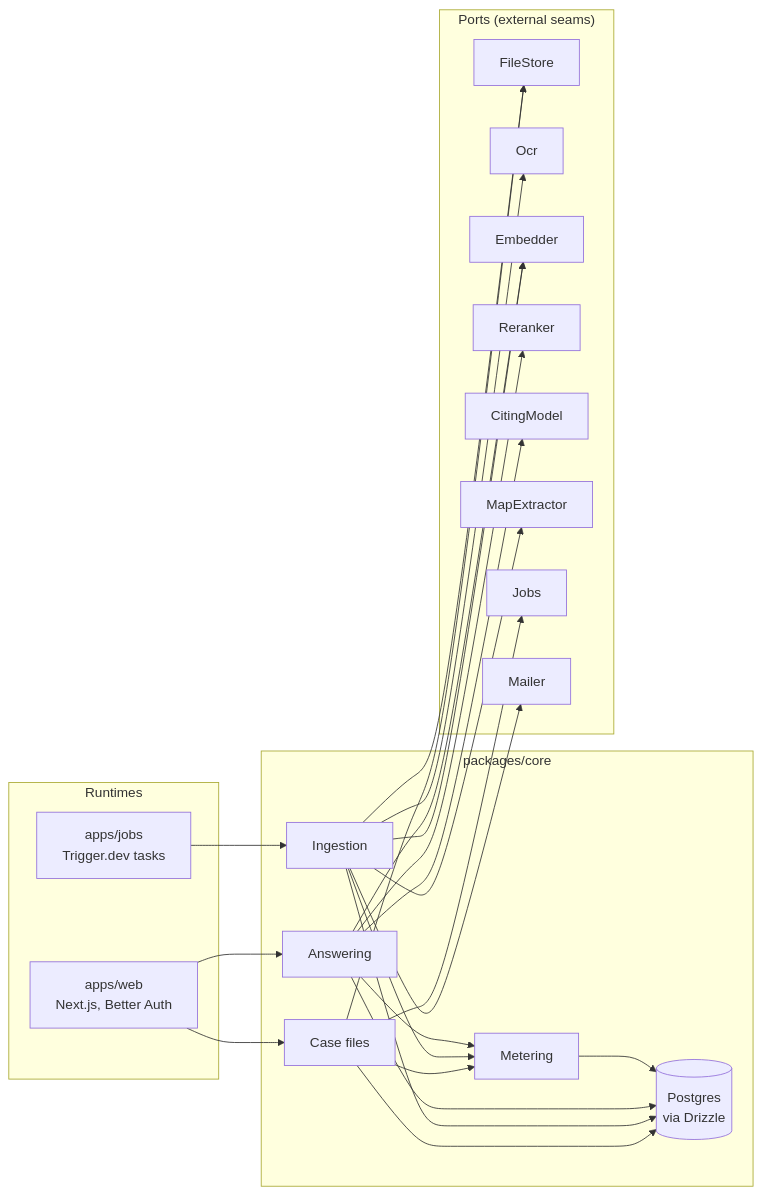
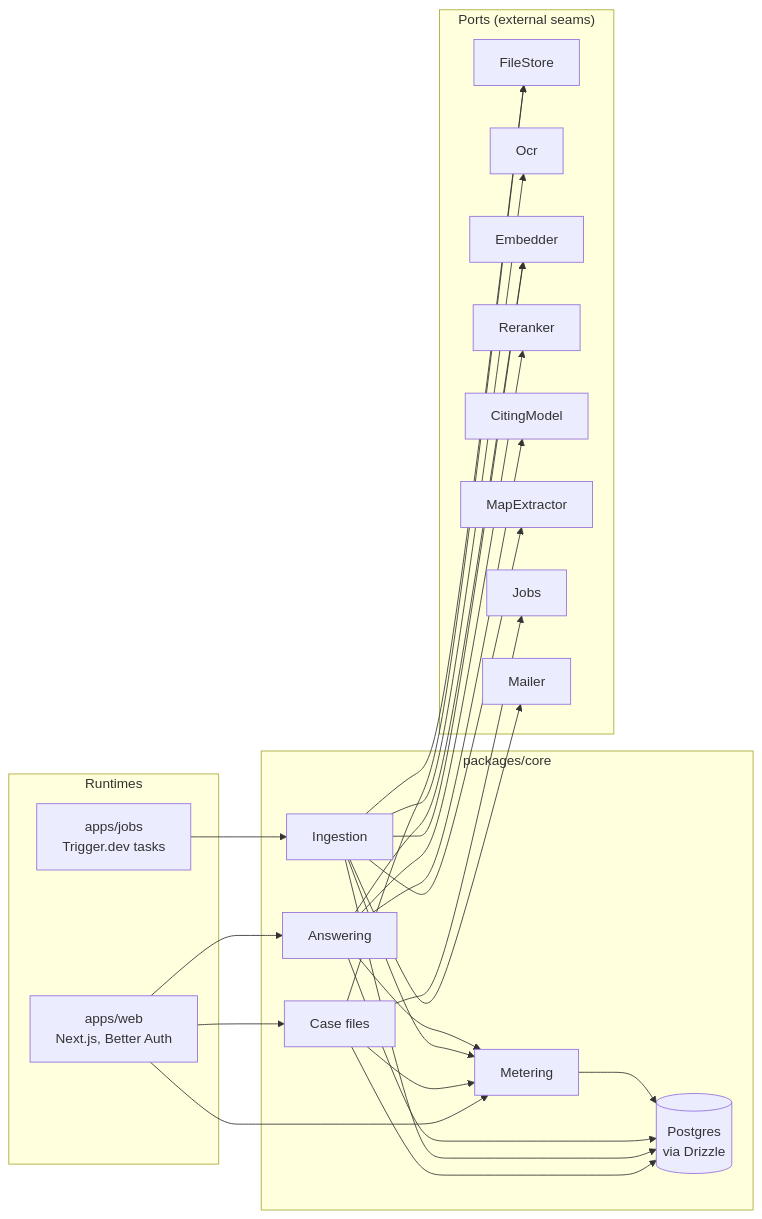
Before and after one commit to cleitonbalonekr/consta: the first of 2 diagrams in docs/architecture.md, drawn with Mermaid. The commit also changed other lines of this file and 52 other files, not shown here.

````diff
--- a/docs/architecture.md
+++ b/docs/architecture.md
@@ -9,44 +9,45 @@
 ```mermaid
 flowchart LR
   subgraph Runtimes
     WEB["apps/web<br/>Next.js, Better Auth"]
     JOBS["apps/jobs<br/>Trigger.dev tasks"]
   end
   subgraph Core["packages/core"]
     CF["Case files"]
     ING["Ingestion"]
     ANS["Answering"]
     MET["Metering"]
     DB[("Postgres<br/>via Drizzle")]
   end
   subgraph Ports["Ports (external seams)"]
     FS["FileStore"]
     OCR["Ocr"]
     EMB["Embedder"]
     RR["Reranker"]
     CM["CitingModel"]
     MX["MapExtractor"]
     JB["Jobs"]
     ML["Mailer"]
   end
   WEB --> CF
   WEB --> ANS
+  WEB --> MET
   JOBS --> ING
   CF --> FS
   CF --> JB
   CF --> MET
   ING --> FS
   ING --> OCR
   ING --> EMB
   ING --> MX
   ING --> MET
   ING --> ML
   ANS --> EMB
   ANS --> RR
   ANS --> CM
   ANS --> MET
   CF --> DB
   ING --> DB
   ANS --> DB
   MET --> DB
 ```
````
